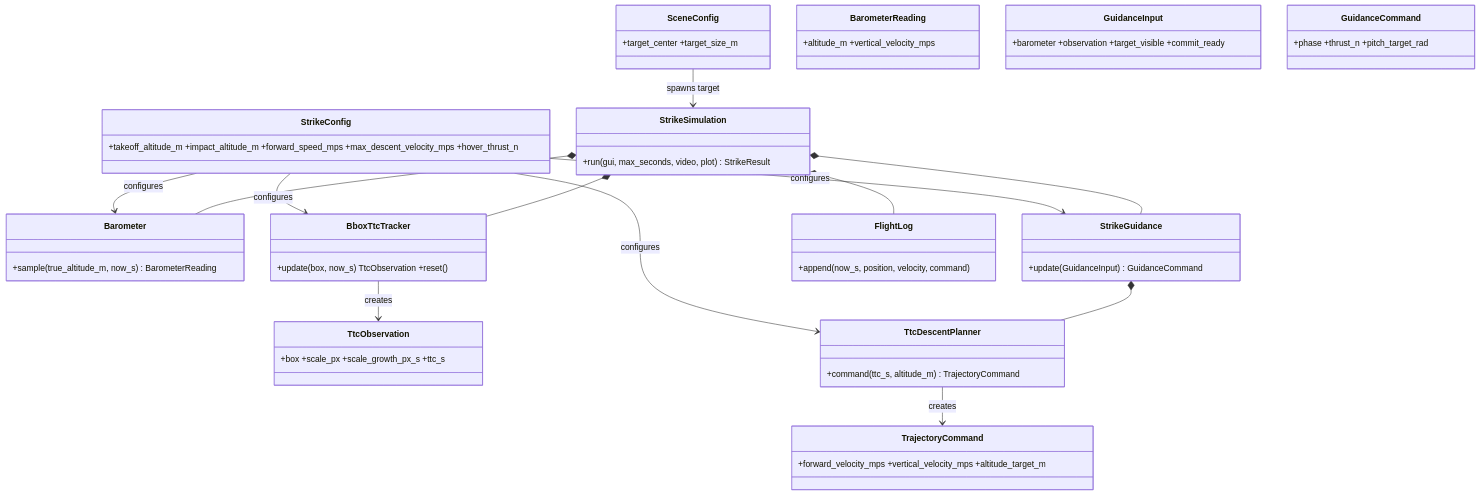
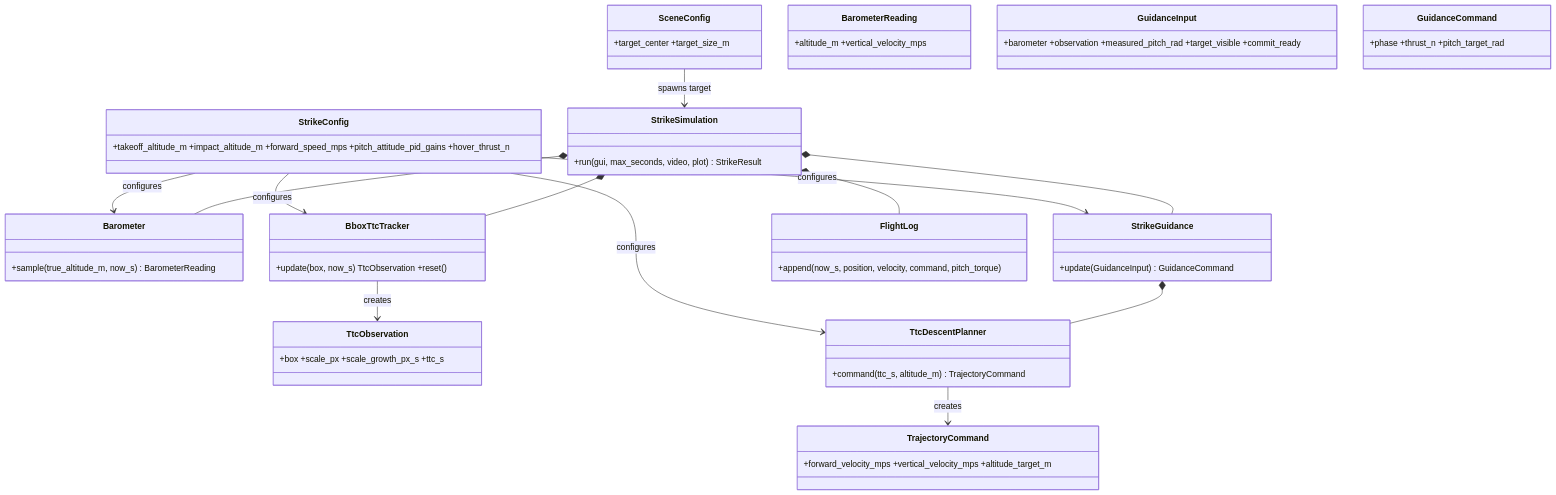
Before and after one commit to amire2000/drone-physics-and-simulation-course: the first of 3 diagrams in examples/07-optical-navigation/ttc_strike/README.md, drawn with Mermaid. The commit also changed other lines of this file and 5 other files, not shown here.

Commit message:
tune TTC pitch response and log attitude telemetry

````diff
--- a/examples/07-optical-navigation/ttc_strike/README.md
+++ b/examples/07-optical-navigation/ttc_strike/README.md
@@ -74,28 +74,28 @@
 ```mermaid
 classDiagram
     class SceneConfig { +target_center +target_size_m }
-    class StrikeConfig { +takeoff_altitude_m +impact_altitude_m +forward_speed_mps +max_descent_velocity_mps +hover_thrust_n }
+    class StrikeConfig { +takeoff_altitude_m +impact_altitude_m +forward_speed_mps +pitch_attitude_pid_gains +hover_thrust_n }
     class Barometer { +sample(true_altitude_m, now_s) BarometerReading }
     class BarometerReading { +altitude_m +vertical_velocity_mps }
     class BboxTtcTracker { +update(box, now_s) TtcObservation +reset() }
     class TtcObservation { +box +scale_px +scale_growth_px_s +ttc_s }
     class TtcDescentPlanner { +command(ttc_s, altitude_m) TrajectoryCommand }
     class TrajectoryCommand { +forward_velocity_mps +vertical_velocity_mps +altitude_target_m }
     class StrikeGuidance { +update(GuidanceInput) GuidanceCommand }
-    class GuidanceInput { +barometer +observation +target_visible +commit_ready }
+    class GuidanceInput { +barometer +observation +measured_pitch_rad +target_visible +commit_ready }
     class GuidanceCommand { +phase +thrust_n +pitch_target_rad }
-    class FlightLog { +append(now_s, position, velocity, command) }
+    class FlightLog { +append(now_s, position, velocity, command, pitch_torque) }
     class StrikeSimulation { +run(gui, max_seconds, video, plot) StrikeResult }
     SceneConfig --> StrikeSimulation : spawns target
     StrikeConfig --> Barometer : configures
     StrikeConfig --> BboxTtcTracker : configures
     StrikeConfig --> TtcDescentPlanner : configures
     StrikeConfig --> StrikeGuidance : configures
     BboxTtcTracker --> TtcObservation : creates
     TtcDescentPlanner --> TrajectoryCommand : creates
     StrikeGuidance *-- TtcDescentPlanner
     StrikeSimulation *-- Barometer
     StrikeSimulation *-- BboxTtcTracker
     StrikeSimulation *-- StrikeGuidance
     StrikeSimulation *-- FlightLog
 ```
````
